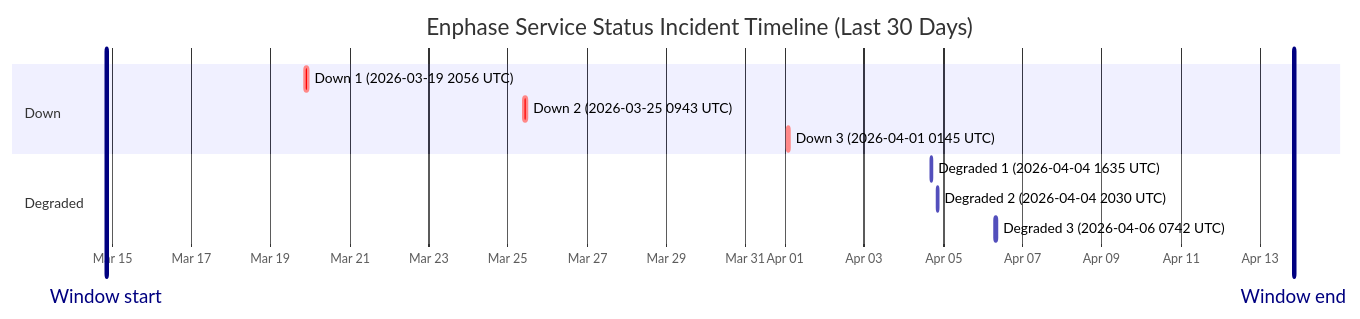
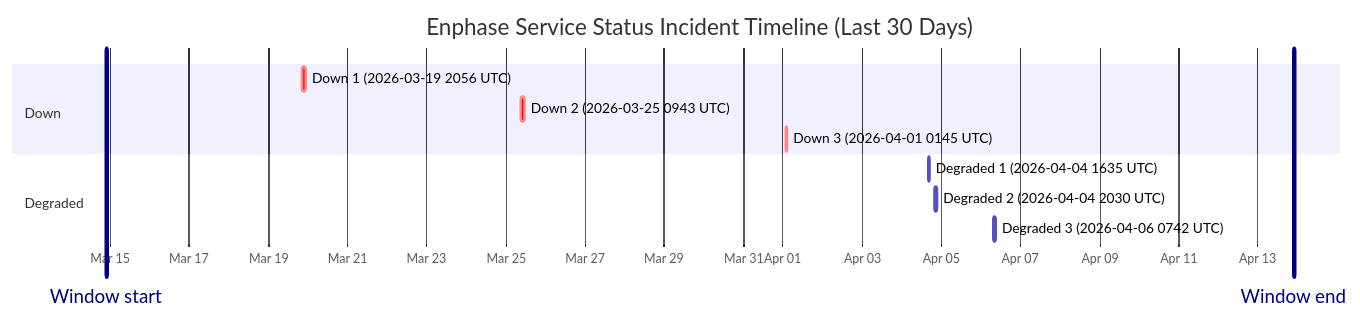
Before and after one commit to barneyonline/ha-enphase-ev-charger: the diagram in wiki/Service-Status-History.md, drawn with Mermaid. The commit also changed other lines of this file and 3 other files, not shown here.

````diff
--- a/wiki/Service-Status-History.md
+++ b/wiki/Service-Status-History.md
@@ -14,16 +14,16 @@
 ```mermaid
 gantt
     title Enphase Service Status Incident Timeline (Last 30 Days)
     dateFormat  YYYY-MM-DDTHH:mm:ss
     axisFormat  %b %d
-    Window start :vert, window-start, 2026-03-14T20:32:01, 0ms
-    Window end :vert, window-end, 2026-04-13T20:32:01, 0ms
+    Window start :vert, window-start, 2026-03-14T21:49:26, 0ms
+    Window end :vert, window-end, 2026-04-13T21:49:26, 0ms
     section Down
     Down 1 (2026-03-19 2056 UTC) :crit, down-1, 2026-03-19T20:56:20, 145m
     Down 2 (2026-03-25 0943 UTC) :crit, down-2, 2026-03-25T09:43:28, 111m
     Down 3 (2026-04-01 0145 UTC) :crit, down-3, 2026-04-01T01:45:09, 60m
     section Degraded
     Degraded 1 (2026-04-04 1635 UTC) :active, degraded-1, 2026-04-04T16:35:17, 60m
     Degraded 2 (2026-04-04 2030 UTC) :active, degraded-2, 2026-04-04T20:30:40, 60m
     Degraded 3 (2026-04-06 0742 UTC) :active, degraded-3, 2026-04-06T07:42:09, 85m
 ```
````
